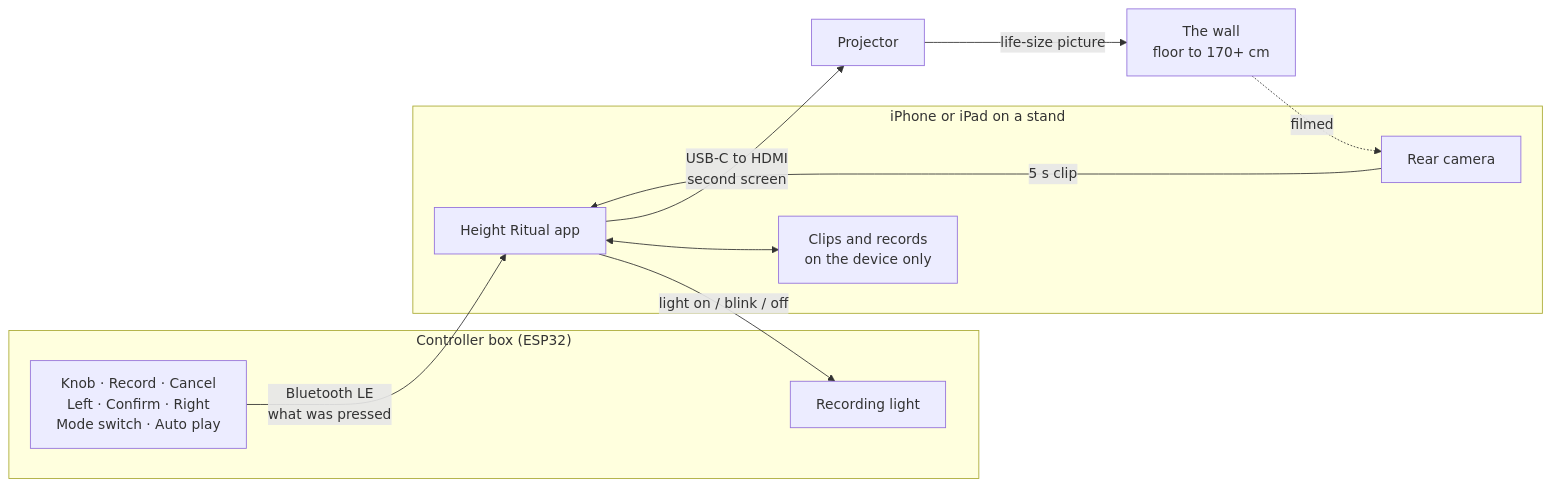
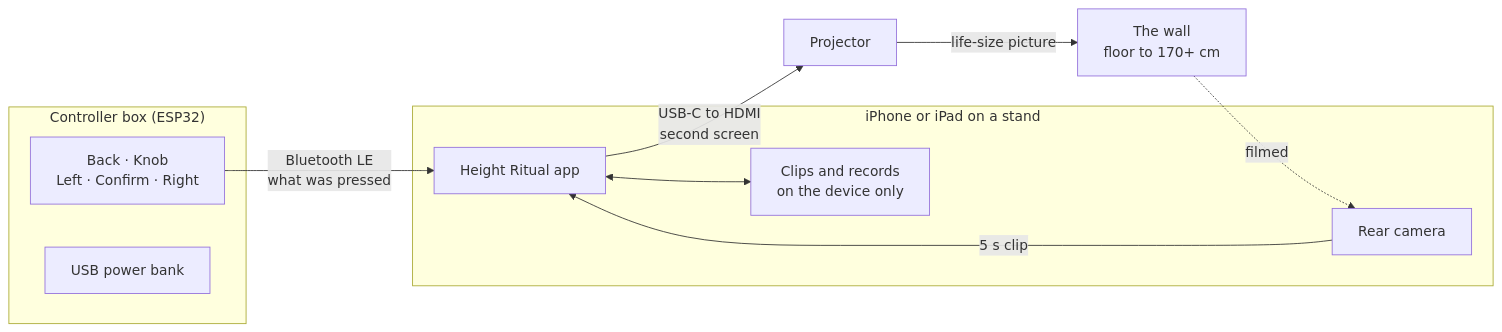
Before and after one commit to chaneeii/HeightRitual: the first of 3 diagrams in README.md, drawn with Mermaid. The commit also changed other lines of this file and 1 other file, not shown here.

Commit message:
README for the new design: Home wheel, Record and Lookback, v4 controller

````diff
--- a/README.md
+++ b/README.md
@@ -55,22 +57,21 @@
 ```mermaid
 flowchart LR
     subgraph Box["Controller box (ESP32)"]
-        K["Knob · Record · Cancel<br/>Left · Confirm · Right<br/>Mode switch · Auto play"]
-        L["Recording light"]
+        K["Back · Knob<br/>Left · Confirm · Right"]
+        P["USB power bank"]
     end
     subgraph Phone["iPhone or iPad on a stand"]
         App["Height Ritual app"]
         Cam["Rear camera"]
         Store["Clips and records<br/>on the device only"]
     end
     Proj["Projector"]
     Wall["The wall<br/>floor to 170+ cm"]
 
     K -- "Bluetooth LE<br/>what was pressed" --> App
-    App -- "light on / blink / off" --> L
     Cam -- "5 s clip" --> App
     App <--> Store
     App -- "USB-C to HDMI<br/>second screen" --> Proj
     Proj -- "life-size picture" --> Wall
     Wall -.->|filmed| Cam
 ```
````
